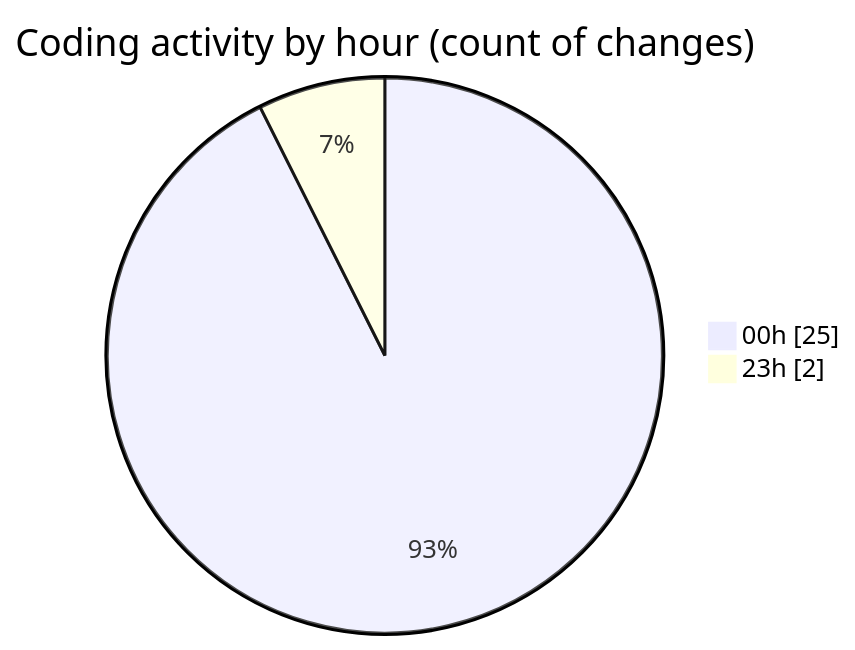
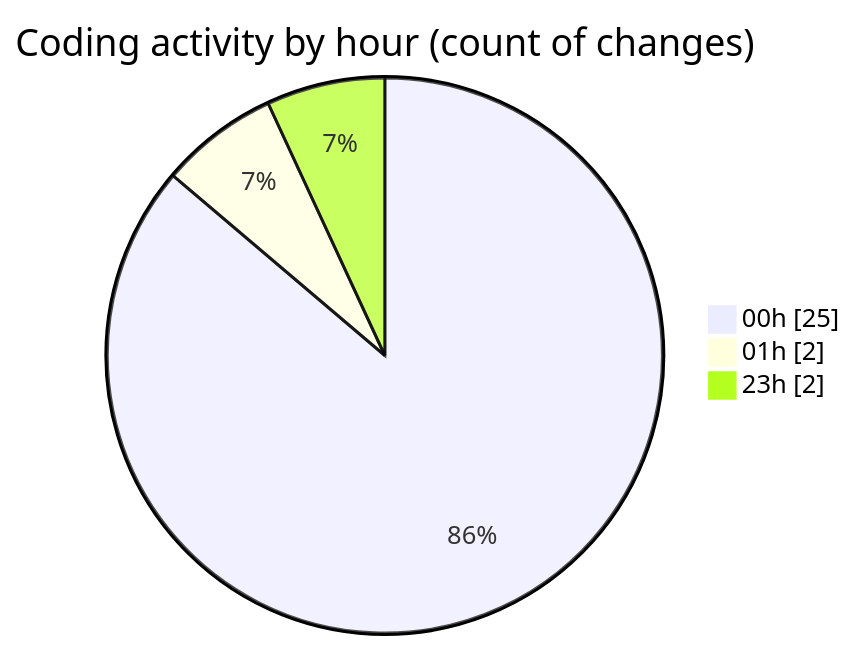
Before and after one commit to lephambinh05/code-tracking: the second of 2 diagrams in 2025-08-19/rentotp/README.md, drawn with Mermaid. The commit also changed other lines of this file and 1 other file, not shown here.

````diff
--- a/2025-08-19/rentotp/README.md
+++ b/2025-08-19/rentotp/README.md
@@ -39,6 +40,7 @@
 ```mermaid
 pie showData
 title Coding activity by hour (count of changes)
 "00h" : 25
+"01h" : 2
 "23h" : 2
 ```
````
